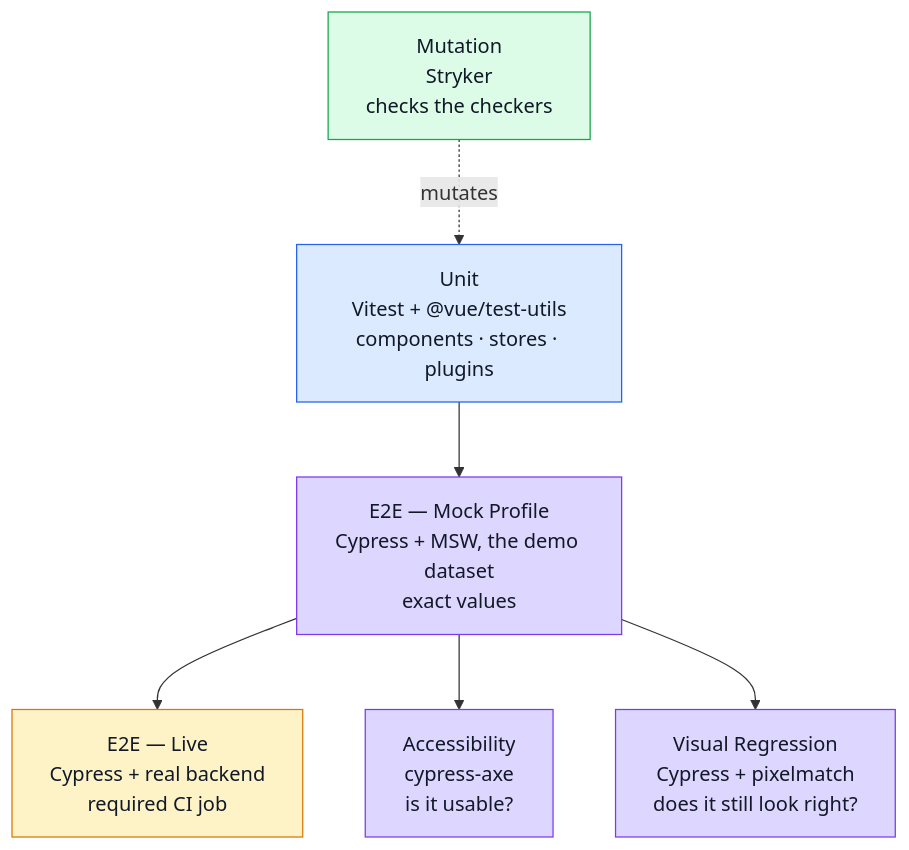
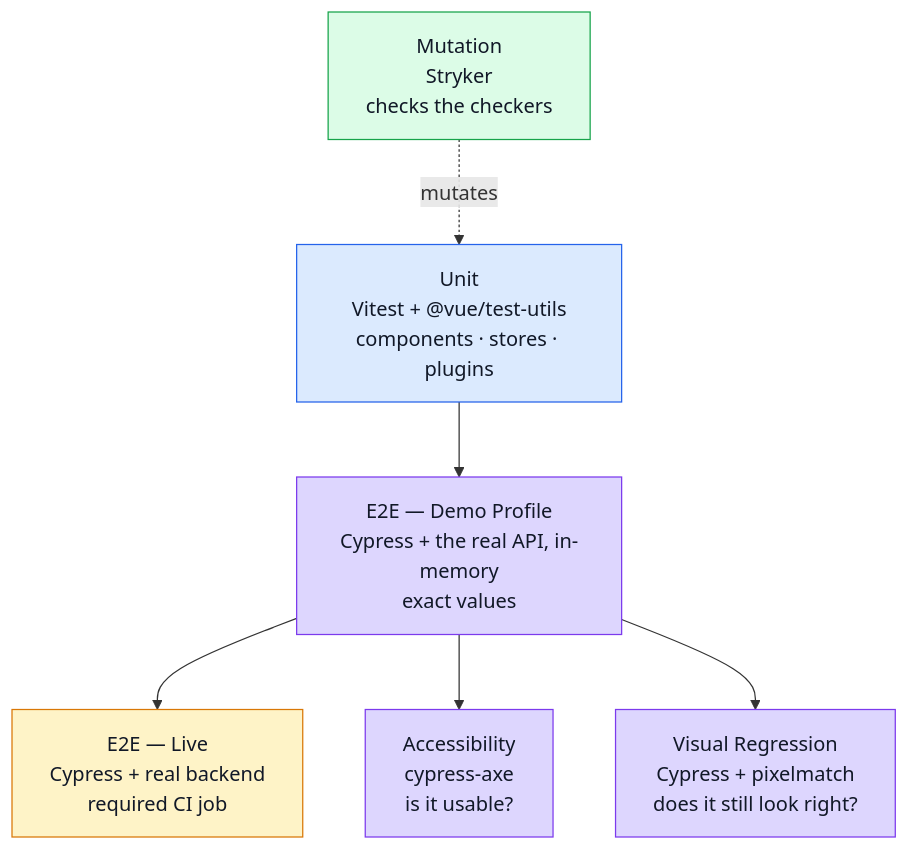
The first of 3 diagrams in docs/tools/testing-and-docs.md (Guebbit/boilerplate-vue-frontend), drawn with Mermaid before and after one commit. The commit also changed other lines of this file and 35 other files, not shown here.

````diff
--- a/docs/tools/testing-and-docs.md
+++ b/docs/tools/testing-and-docs.md
@@ -7,26 +7,26 @@
 ```mermaid
 %%{init: {'flowchart': {'nodeSpacing': 50, 'rankSpacing': 60}}}%%
 flowchart TB
     Unit["Unit\nVitest + @vue/test-utils\ncomponents · stores · plugins"]
-    Mock["E2E — Mock Profile\nCypress + MSW, the demo dataset\nexact values"]
+    Mock["E2E — Demo Profile\nCypress + the real API, in-memory\nexact values"]
     Live["E2E — Live\nCypress + real backend\nrequired CI job"]
     A11y["Accessibility\ncypress-axe\nis it usable?"]
     Visual["Visual Regression\nCypress + pixelmatch\ndoes it still look right?"]
     Mutation["Mutation\nStryker\nchecks the checkers"]
 
     Unit --> Mock
     Mock --> Live
     Mock --> A11y
     Mock --> Visual
     Mutation -.mutates.-> Unit
 
     classDef fast fill:#dbeafe,stroke:#2563eb,color:#111827;
     classDef e2e fill:#ddd6fe,stroke:#7c3aed,color:#111827;
     classDef live fill:#fef3c7,stroke:#d97706,color:#111827;
     classDef meta fill:#dcfce7,stroke:#16a34a,color:#111827;
     class Unit fast;
     class Mock e2e;
     class A11y,Visual e2e;
     class Live live;
     class Mutation meta;
 ```
````
